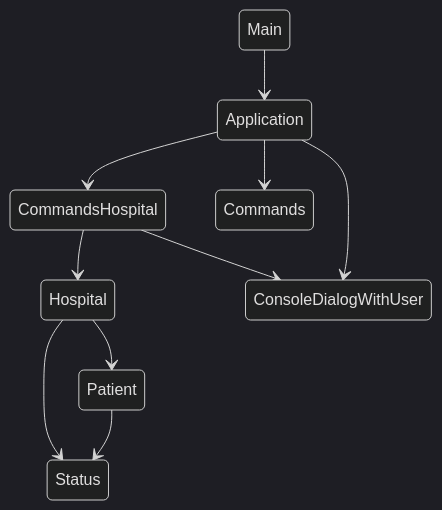
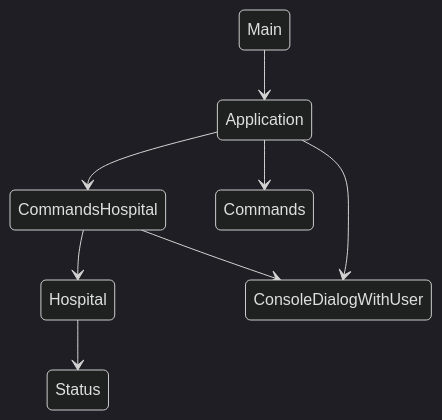
Before and after one commit to NikitaSivolobov/hospital_app: the second of 2 diagrams in README.md, drawn with Mermaid (dark theme). The commit also changed other lines of this file and 11 other files, not shown here.

````diff
--- a/README.md
+++ b/README.md
@@ -138,12 +133,10 @@
 ```mermaid
 stateDiagram-v2
-    Hospital --> Patient
     Hospital --> Status
-    Patient --> Status
     CommandsHospital --> Hospital
     CommandsHospital --> ConsoleDialogWithUser
     Application --> CommandsHospital
     Application --> ConsoleDialogWithUser
     Application --> Commands
     Main --> Application
 ``` 
````
